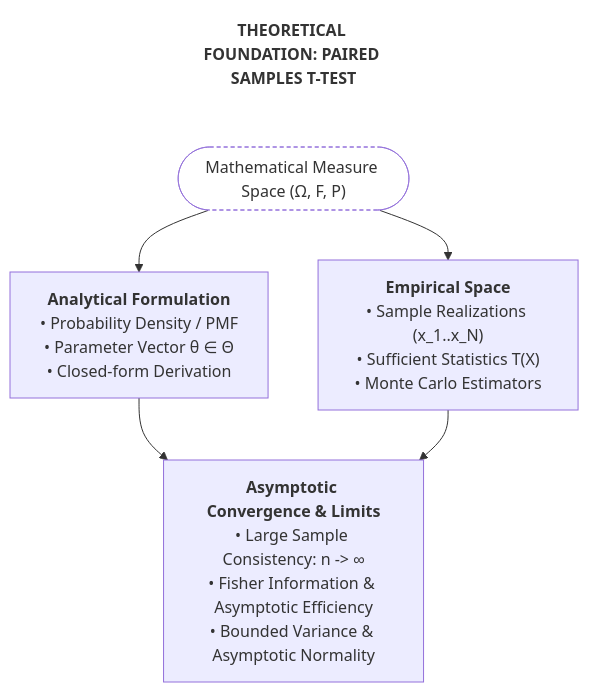
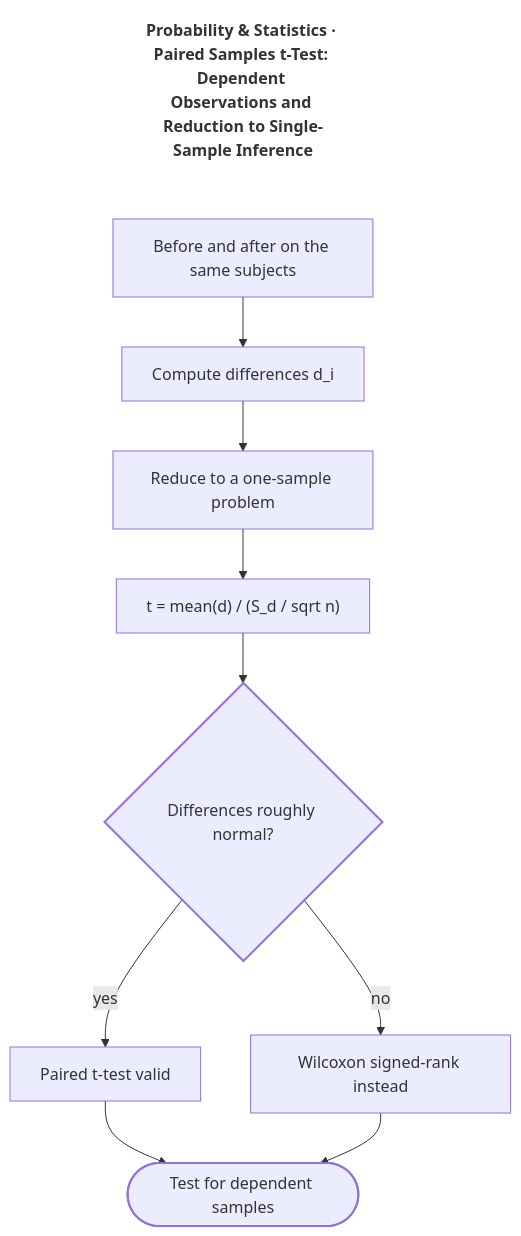
The diagram in src/content/posts/2024/07/2024-07-19-stats-109-paired-samples-t-test.md (SahajIVVIX-1/blogs), drawn with Mermaid before and after one commit. The commit also changed 2157 other files, not shown here.

Commit message:
content: papers and AI updates through 27 Nov (118 AI posts), per-post Mermaid diagrams (papers, AI, study phases 1-7)

````diff
--- a/src/content/posts/2024/07/2024-07-19-stats-109-paired-samples-t-test.md
+++ b/src/content/posts/2024/07/2024-07-19-stats-109-paired-samples-t-test.md
@@ -52,15 +52,27 @@
 ```mermaid
 flowchart TD
-    T(["THEORETICAL FOUNDATION: PAIRED SAMPLES T-TEST"]):::title
-    I(["Mathematical Measure Space (Ω, F, P)"]):::io
-    L["<b>Analytical Formulation</b><br/>• Probability Density / PMF<br/>• Parameter Vector θ ∈ Θ<br/>• Closed-form Derivation"]
-    R["<b>Empirical Space</b><br/>• Sample Realizations (x_1..x_N)<br/>• Sufficient Statistics T(X)<br/>• Monte Carlo Estimators"]
-    E["<b>Asymptotic Convergence #amp; Limits</b><br/>• Large Sample Consistency: n -#gt; ∞<br/>• Fisher Information #amp; Asymptotic Efficiency<br/>• Bounded Variance #amp; Asymptotic Normality"]
-    T ~~~ I
-    I --> L
-    I --> R
-    L --> E
-    R --> E
+    T(["Probability #amp; Statistics · Paired Samples t-Test: Dependent Observations and Reduction to Single-Sample Inference"]):::title
+    a["Before and after on the same subjects"]
+    b["Compute differences d_i"]
+    c["Reduce to a one-sample problem"]
+    d["t = mean(d) / (S_d / sqrt n)"]
+    e{"Differences roughly normal?"}
+    f["Paired t-test valid"]
+    g["Wilcoxon signed-rank instead"]
+    h(["Test for dependent samples"])
+    T ~~~ a
+    a --> b
+    b --> c
+    c --> d
+    d --> e
+    e -- "yes" --> f
+    f --> h
+    e -- "no" --> g
+    g --> h
+    class e dec
+    class h term
     classDef title fill:transparent,stroke:transparent,font-weight:700;
-    classDef io fill:transparent,stroke-dasharray:4 3;
+    classDef term stroke-width:2px;
+    classDef store stroke-dasharray:4 3;
+    classDef dec stroke-width:2px;
 ```
````
